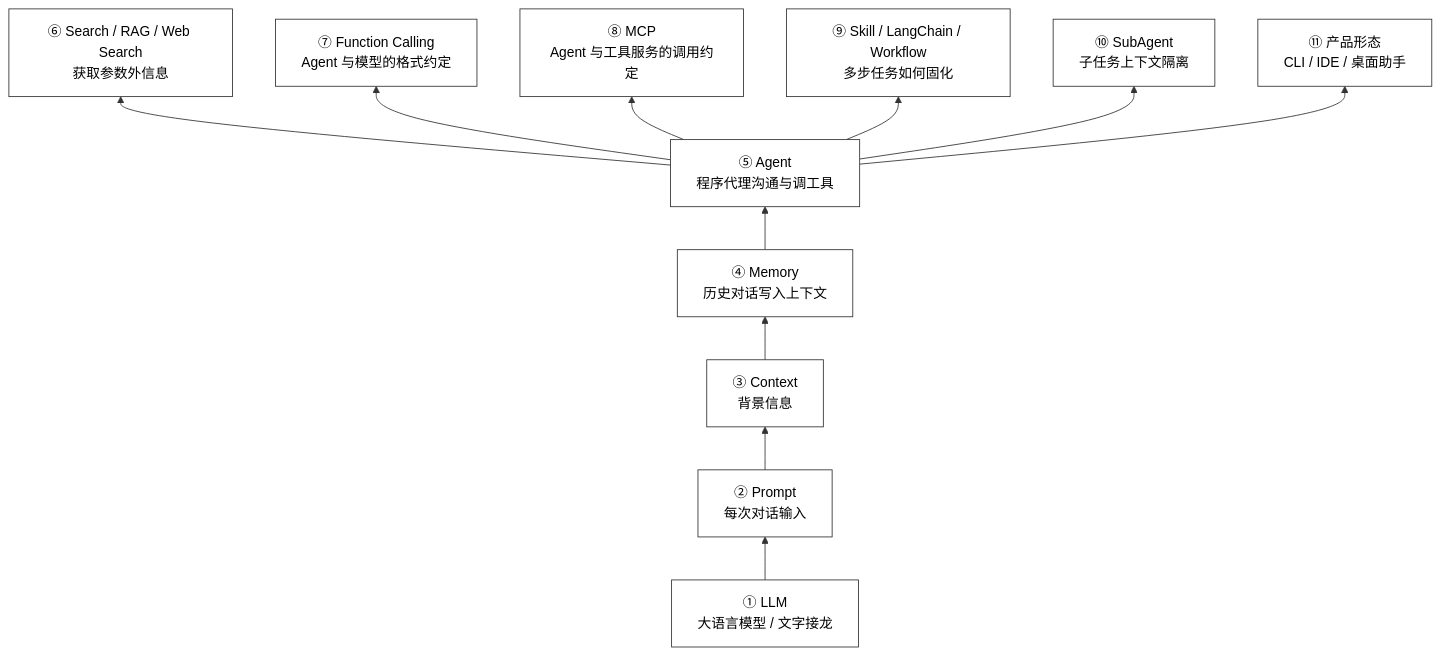
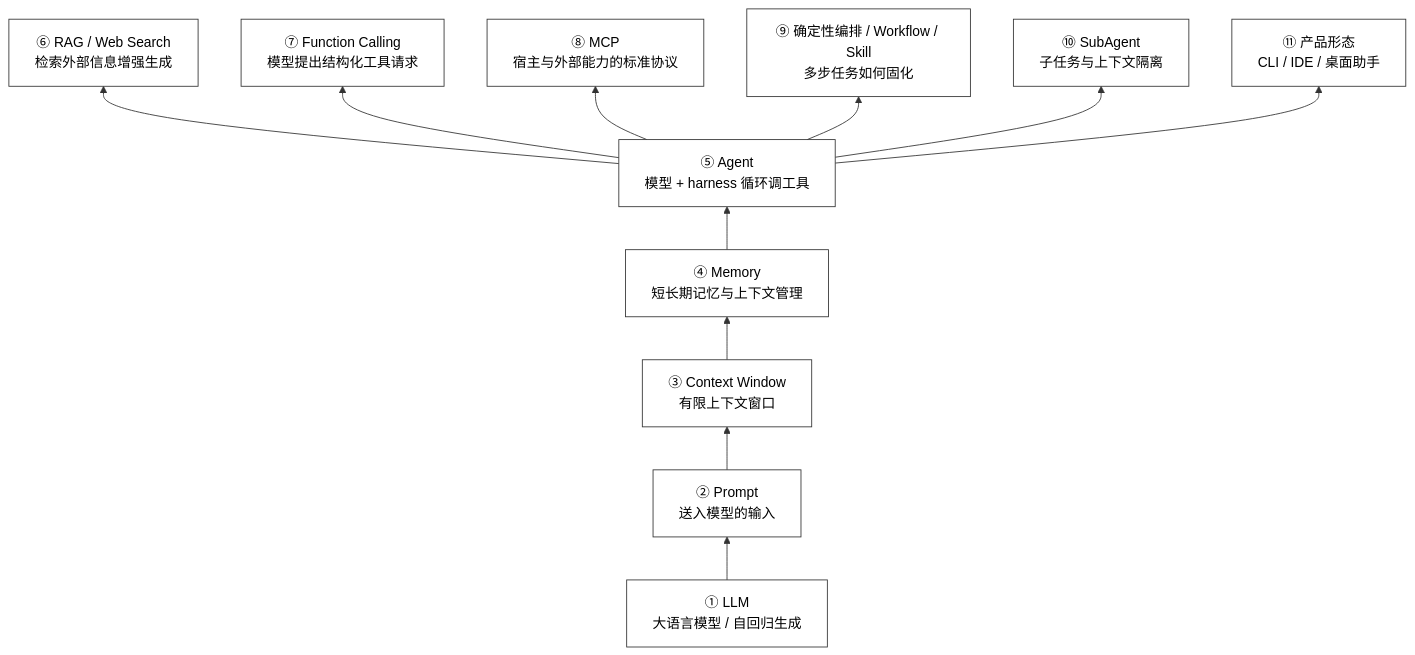
One commit to KwanWaiPang/KwanWaiPang.github.io changed the first of 5 diagrams in _posts/2026-08-01-Agent基本概念梳理.md. Above: the diagram before and after it, drawn with Mermaid. The commit also changed other lines of this file, not shown here.

First line of the commit message:
核校并修正 Agent 概念博文中的术语定义

```diff
--- a/_posts/2026-08-01-Agent基本概念梳理.md
+++ b/_posts/2026-08-01-Agent基本概念梳理.md
@@ -55,15 +55,15 @@
 <div class="mermaid" style="display: flex; justify-content: center; width: 90%; margin: 0 auto;">
 flowchart BT
     classDef default fill:#fff,stroke:#333,stroke-width:1px,color:#000;
 
-    P1["① LLM<br/>大语言模型 / 文字接龙"] --> P2["② Prompt<br/>每次对话输入"]
-    P2 --> P3["③ Context<br/>背景信息"]
-    P3 --> P4["④ Memory<br/>历史对话写入上下文"]
-    P4 --> P5["⑤ Agent<br/>程序代理沟通与调工具"]
-    P5 --> P6["⑥ Search / RAG / Web Search<br/>获取参数外信息"]
-    P5 --> P7["⑦ Function Calling<br/>Agent 与模型的格式约定"]
-    P5 --> P8["⑧ MCP<br/>Agent 与工具服务的调用约定"]
-    P5 --> P9["⑨ Skill / LangChain / Workflow<br/>多步任务如何固化"]
-    P5 --> P10["⑩ SubAgent<br/>子任务上下文隔离"]
+    P1["① LLM<br/>大语言模型 / 自回归生成"] --> P2["② Prompt<br/>送入模型的输入"]
+    P2 --> P3["③ Context Window<br/>有限上下文窗口"]
+    P3 --> P4["④ Memory<br/>短长期记忆与上下文管理"]
+    P4 --> P5["⑤ Agent<br/>模型 + harness 循环调工具"]
+    P5 --> P6["⑥ RAG / Web Search<br/>检索外部信息增强生成"]
+    P5 --> P7["⑦ Function Calling<br/>模型提出结构化工具请求"]
+    P5 --> P8["⑧ MCP<br/>宿主与外部能力的标准协议"]
+    P5 --> P9["⑨ 确定性编排 / Workflow / Skill<br/>多步任务如何固化"]
+    P5 --> P10["⑩ SubAgent<br/>子任务与上下文隔离"]
     P5 --> P11["⑪ 产品形态<br/>CLI / IDE / 桌面助手"]
 </div>
```
